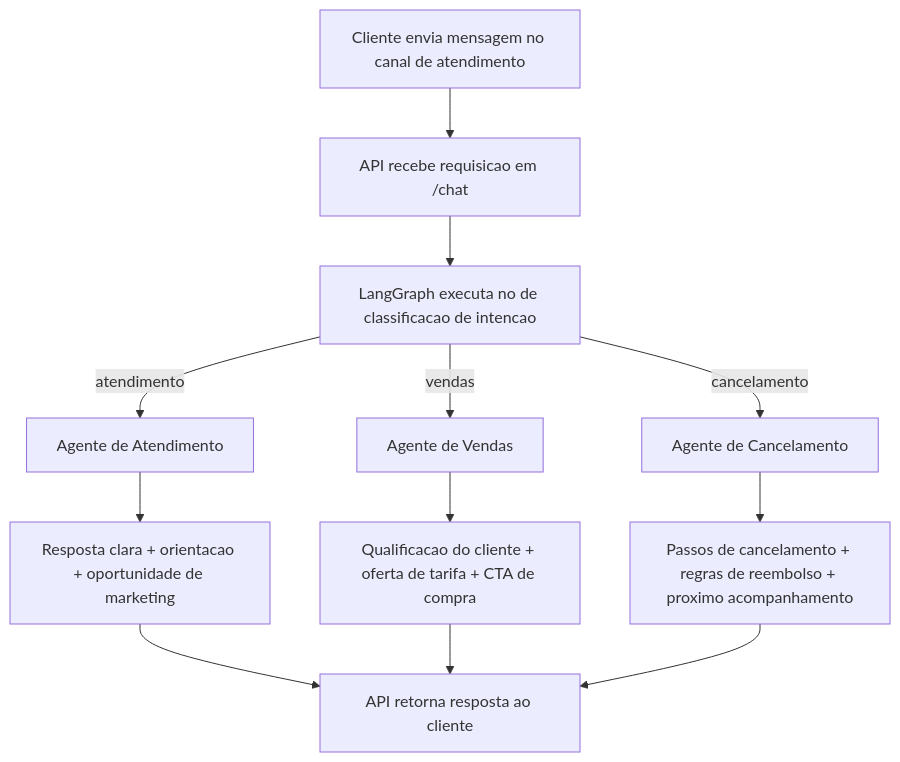
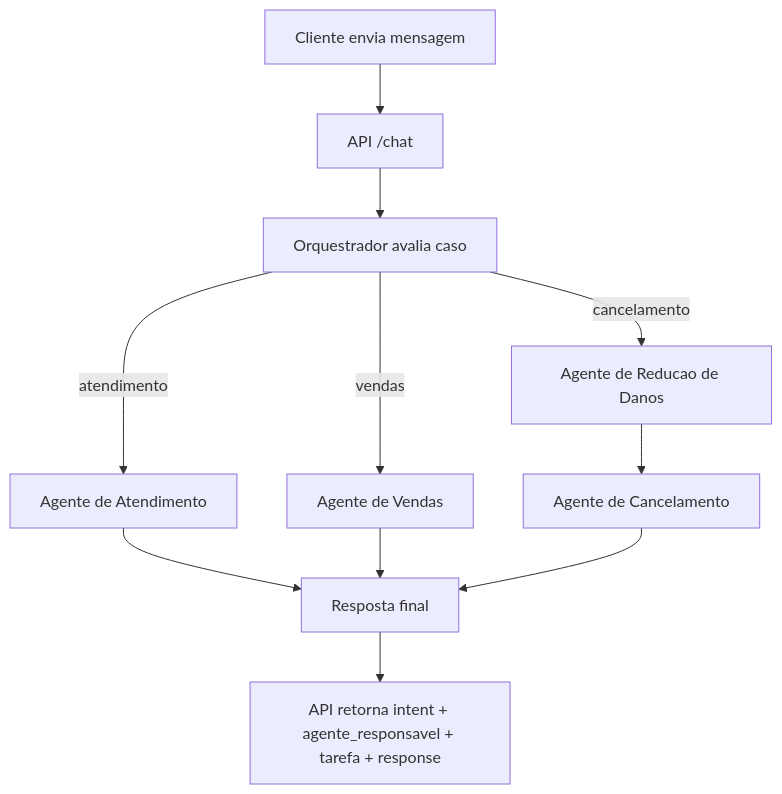
One commit to naubergois/AplicacaoExemplo changed the first of 2 diagrams in README.md. Above: the diagram before and after it, drawn with Mermaid. The commit also changed other lines of this file and 18 other files, not shown here.

Commit message:
Roteamento via LLM DeepSeek, memoria de cliente com LangChain e painel visual no chat

````diff
--- a/README.md
+++ b/README.md
@@ -11,17 +11,15 @@
 ```mermaid
 flowchart TD
-   A[Cliente envia mensagem no canal de atendimento] --> B[API recebe requisicao em /chat]
-   B --> C[LangGraph executa no de classificacao de intencao]
+  A[Cliente envia mensagem] --> B[API /chat]
+  B --> C[Orquestrador avalia caso]
 
-   C -->|atendimento| D[Agente de Atendimento]
-   C -->|vendas| E[Agente de Vendas]
-   C -->|cancelamento| F[Agente de Cancelamento]
+  C -->|atendimento| D[Agente de Atendimento]
+  C -->|vendas| E[Agente de Vendas]
+  C -->|cancelamento| F[Agente de Reducao de Danos]
+  F --> G[Agente de Cancelamento]
 
-   D --> G[Resposta clara + orientacao + oportunidade de marketing]
-   E --> H[Qualificacao do cliente + oferta de tarifa + CTA de compra]
-   F --> I[Passos de cancelamento + regras de reembolso + proximo acompanhamento]
-
-   G --> J[API retorna resposta ao cliente]
-   H --> J
-   I --> J
+  D --> H[Resposta final]
+  E --> H
+  G --> H
+  H --> I[API retorna intent + agente_responsavel + tarefa + response]
 ```
````
